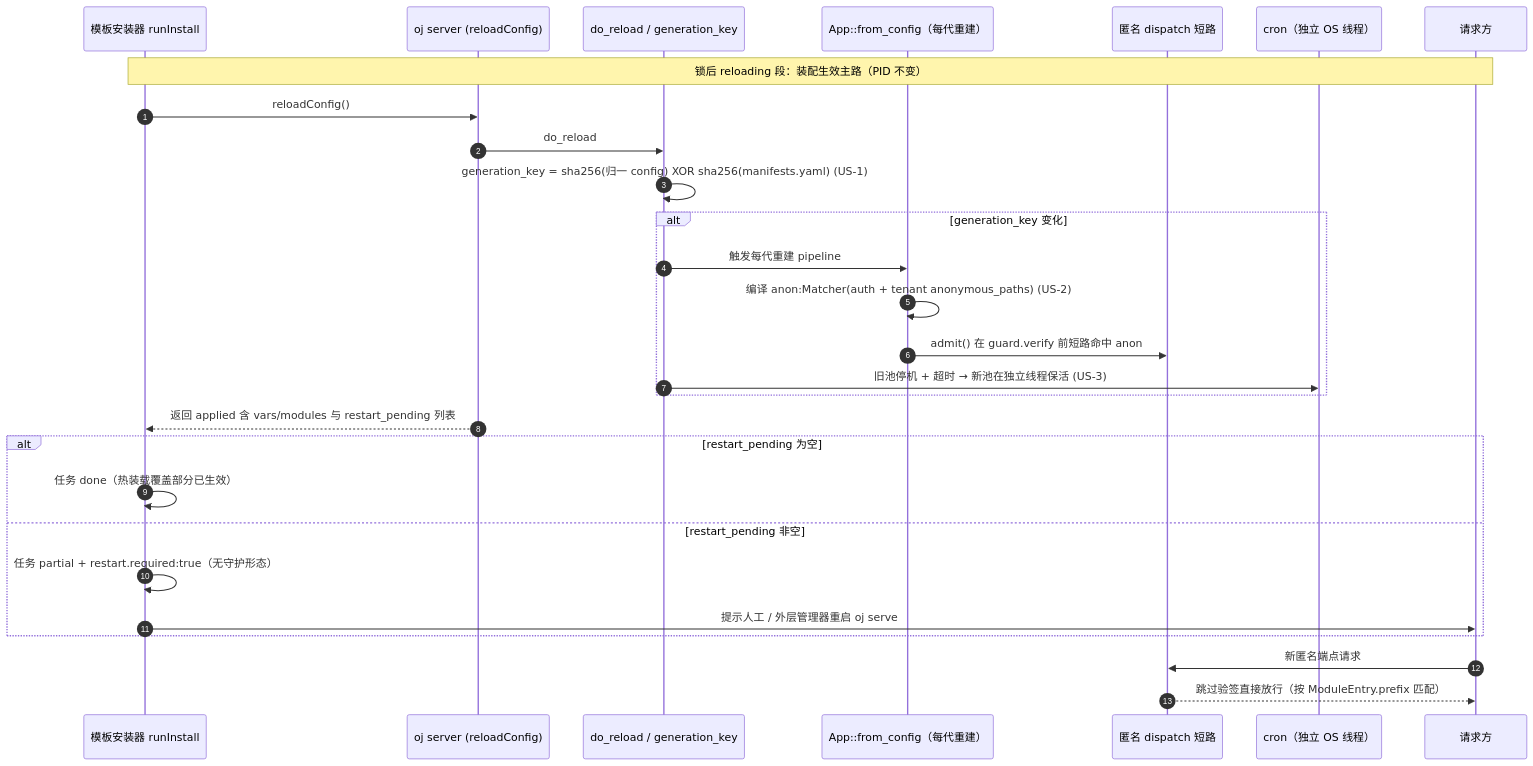
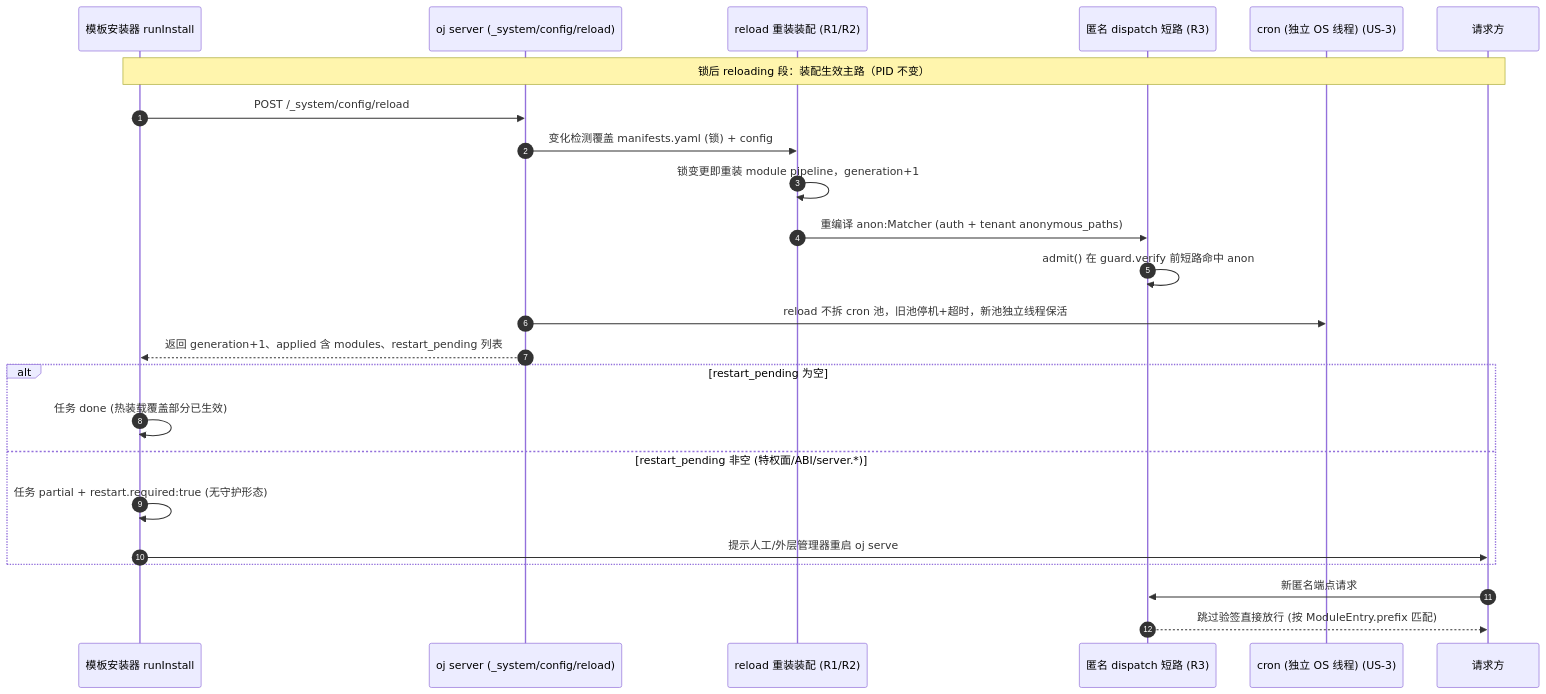
One commit to everpan/oj-module changed the first of 3 diagrams in docs/plans/20261105-upstream-oj-pr.md. Above: the diagram before and after it, drawn with Mermaid. The commit also changed other lines of this file, not shown here.

Commit message:
docs(plans): 上游 oj PR 提案简化为『一次正确的 _system/config/reload』（折叠 US-1/US-2）

````diff
--- a/docs/plans/20261105-upstream-oj-pr.md
+++ b/docs/plans/20261105-upstream-oj-pr.md
@@ -109,31 +114,27 @@
 ```mermaid
 sequenceDiagram
     autonumber
     participant T as 模板安装器 runInstall
-    participant API as oj server (reloadConfig)
-    participant RL as do_reload / generation_key
-    participant APP as App::from_config（每代重建）
-    participant DISP as 匿名 dispatch 短路
-    participant CRON as cron（独立 OS 线程）
+    participant API as oj server (_system/config/reload)
+    participant RL as reload 重装装配 (R1/R2)
+    participant ANON as 匿名 dispatch 短路 (R3)
+    participant CRON as cron (独立 OS 线程) (US-3)
     participant CL as 请求方
 
     Note over T,CL: 锁后 reloading 段：装配生效主路（PID 不变）
-    T->>API: reloadConfig()
-    API->>RL: do_reload
-    RL->>RL: generation_key = sha256(归一 config) XOR sha256(manifests.yaml) (US-1)
-    alt generation_key 变化
-        RL->>APP: 触发每代重建 pipeline
-        APP->>APP: 编译 anon:Matcher(auth + tenant anonymous_paths) (US-2)
-        APP->>DISP: admit() 在 guard.verify 前短路命中 anon
-        RL->>CRON: 旧池停机 + 超时 → 新池在独立线程保活 (US-3)
+    T->>API: POST /_system/config/reload
+    API->>RL: 变化检测覆盖 manifests.yaml (锁) + config
+    RL->>RL: 锁变更即重装 module pipeline，generation+1
+    RL->>ANON: 重编译 anon:Matcher (auth + tenant anonymous_paths)
+    ANON->>ANON: admit() 在 guard.verify 前短路命中 anon
+    API->>CRON: reload 不拆 cron 池，旧池停机+超时，新池独立线程保活
+    API-->>T: 返回 generation+1、applied 含 modules、restart_pending 列表
+    alt restart_pending 为空
+        T->>T: 任务 done (热装载覆盖部分已生效)
+    else restart_pending 非空 (特权面/ABI/server.*)
+        T->>T: 任务 partial + restart.required:true (无守护形态)
+        T->>CL: 提示人工/外层管理器重启 oj serve
     end
-    API-->>T: 返回 applied 含 vars/modules 与 restart_pending 列表
-    alt restart_pending 为空
-        T->>T: 任务 done（热装载覆盖部分已生效）
-    else restart_pending 非空
-        T->>T: 任务 partial + restart.required:true（无守护形态）
-        T->>CL: 提示人工 / 外层管理器重启 oj serve
-    end
-    CL->>DISP: 新匿名端点请求
-    DISP-->>CL: 跳过验签直接放行（按 ModuleEntry.prefix 匹配）
+    CL->>ANON: 新匿名端点请求
+    ANON-->>CL: 跳过验签直接放行 (按 ModuleEntry.prefix 匹配)
 ```
````
